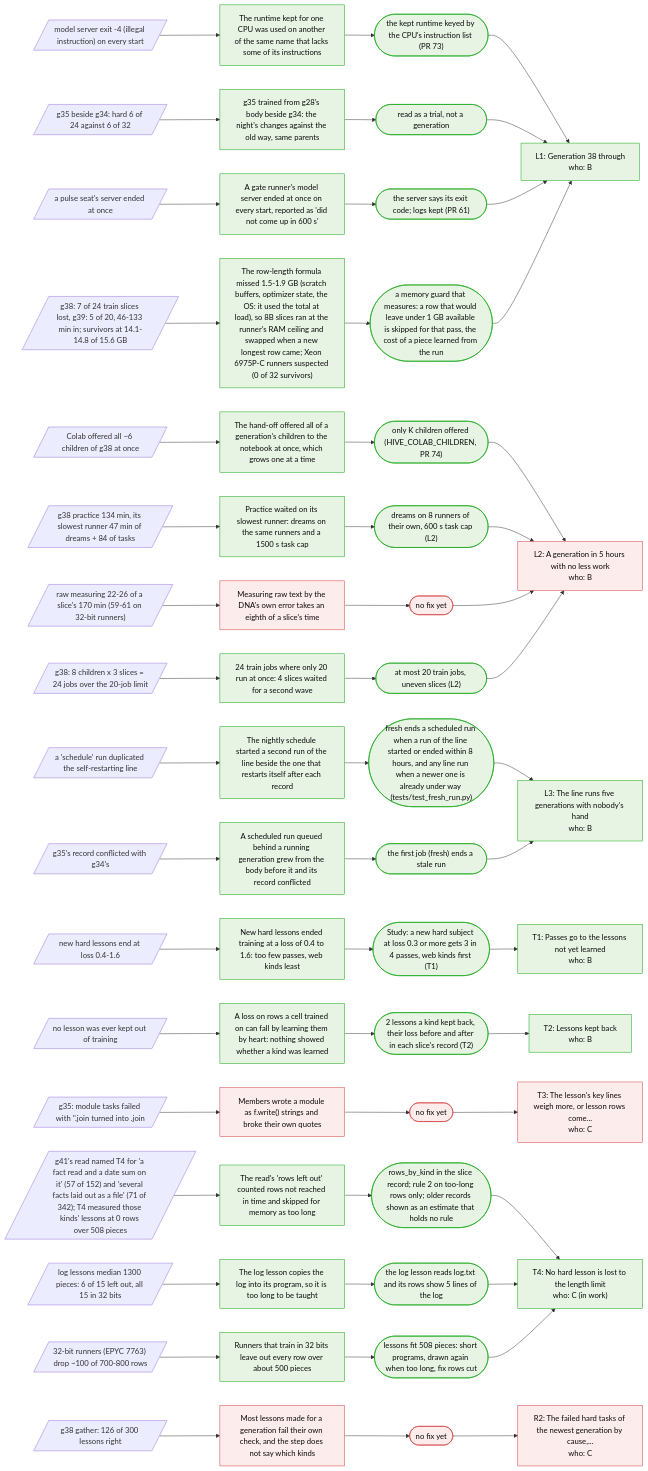
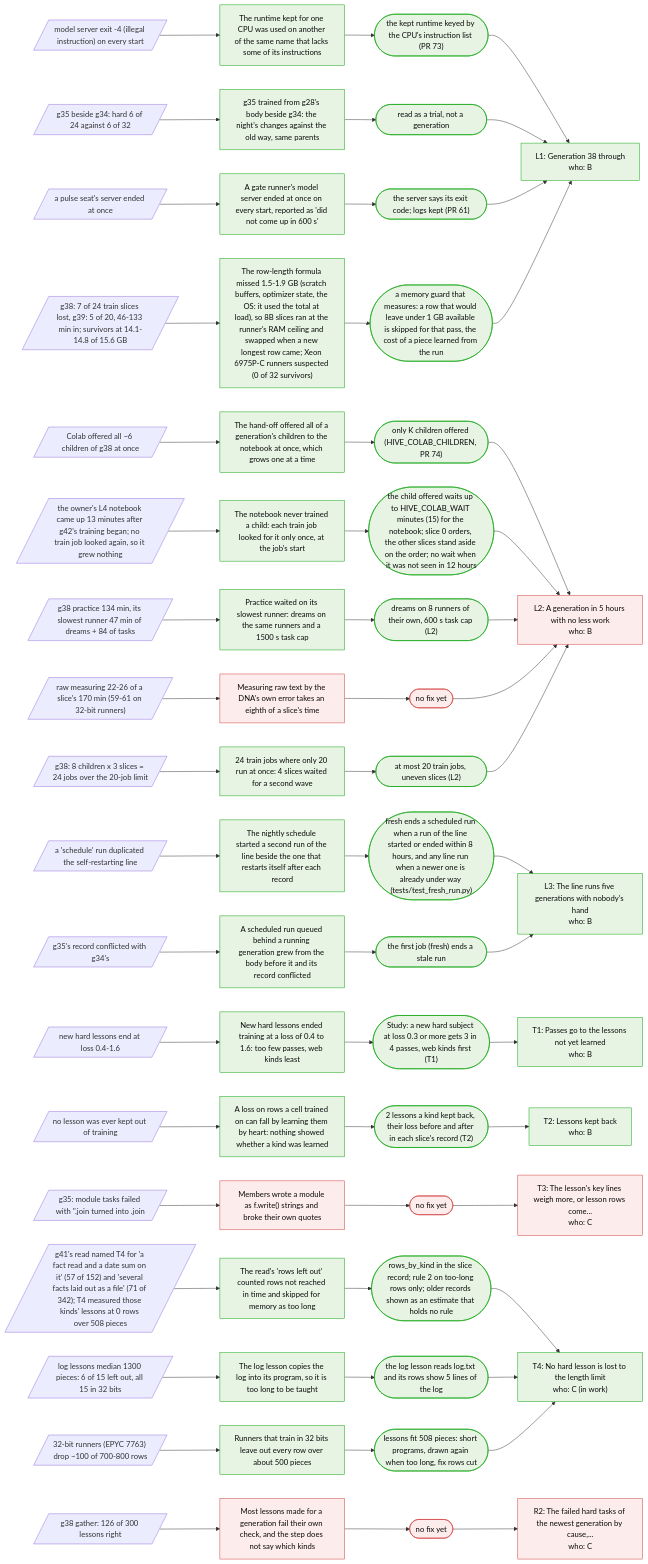
The third of 4 diagrams in docs/KNOWLEDGE.md (Arnav123-s/HiveMIND), drawn with Mermaid before and after one commit. The commit also changed other lines of this file and 9 other files, not shown here.

First line of the commit message:
Colab: the child offered waits for the notebook, and the read measures it

```diff
--- a/docs/KNOWLEDGE.md
+++ b/docs/KNOWLEDGE.md
@@ -114,6 +114,10 @@
   c_colaball["The hand-off offered all of a generation's children to the notebook at once, which grows one at a time"]:::fixed
   x_colaball(["only K children offered (HIVE_COLAB_CHILDREN, PR 74)"]):::fixed
   s_colaball --> c_colaball --> x_colaball --> pc_L2
+  s_colabtiming[/"the owner's L4 notebook came up 13 minutes after g42's training began; no train job looked again, so it grew nothing"/]
+  c_colabtiming["The notebook never trained a child: each train job looked for it only once, at the job's start"]:::fixed
+  x_colabtiming(["the child offered waits up to HIVE_COLAB_WAIT minutes (15) for the notebook; slice 0 orders, the other slices stand aside on the order; no wait when it was not seen in 12 hours"]):::fixed
+  s_colabtiming --> c_colabtiming --> x_colabtiming --> pc_L2
   s_practicetail[/"g38 practice 134 min, its slowest runner 47 min of dreams + 84 of tasks"/]
   c_practicetail["Practice waited on its slowest runner: dreams on the same runners and a 1500 s task cap"]:::fixed
   x_practicetail(["dreams on 8 runners of their own, 600 s task cap (L2)"]):::fixed
```
